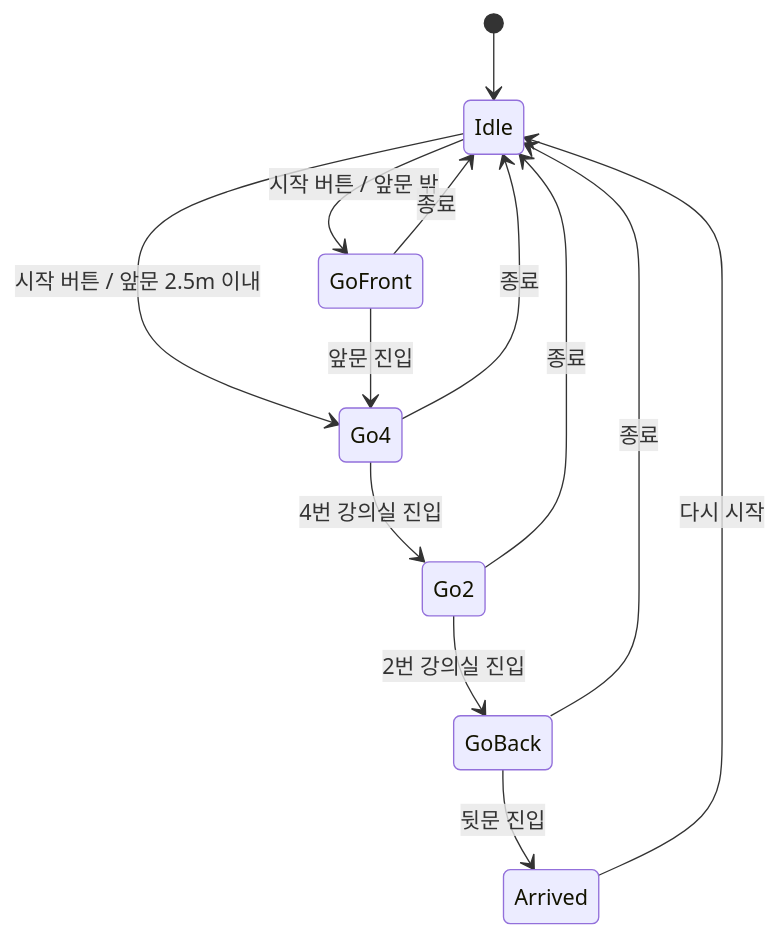
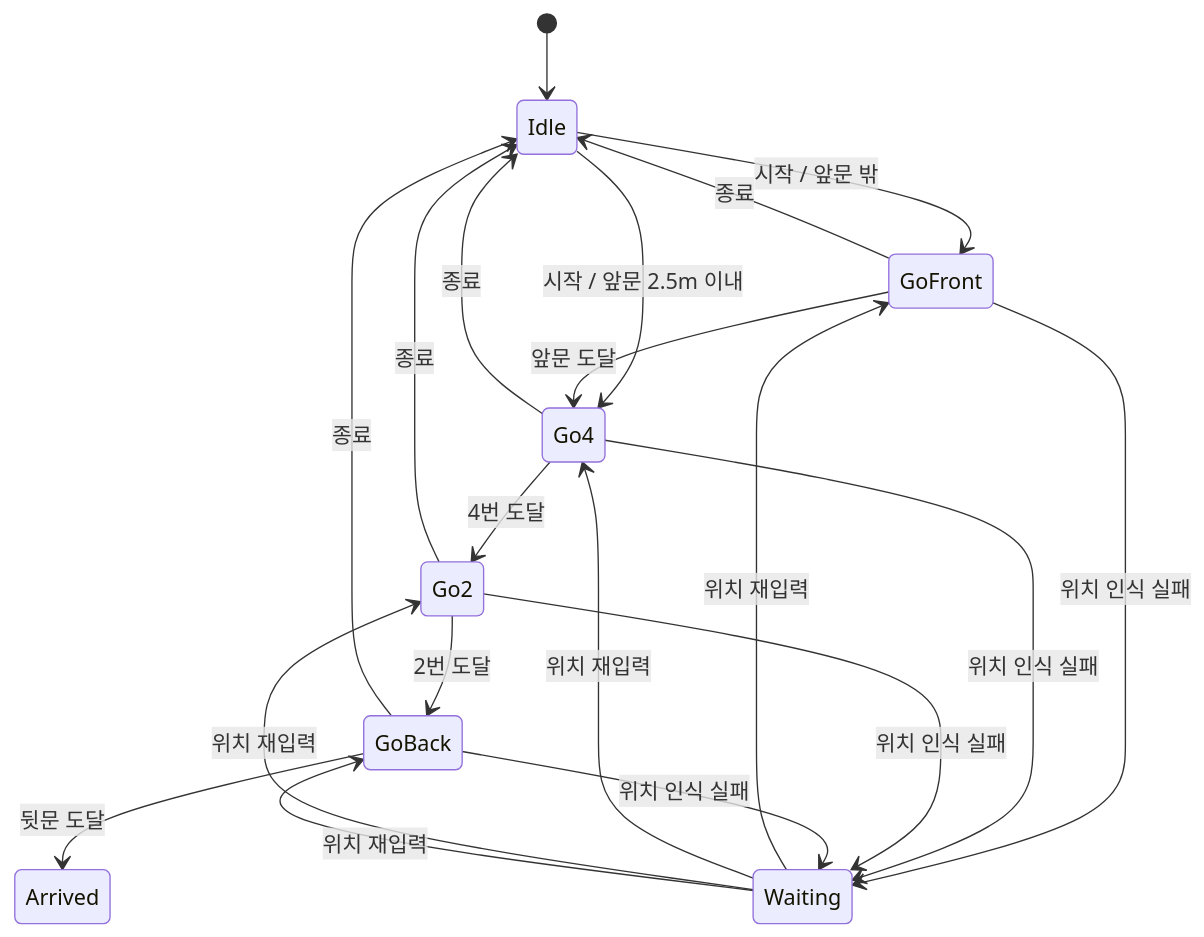
The sixth of 20 diagrams in ArUco/README.md (JIWOO1127/machine-vision1), drawn with Mermaid before and after one commit. The commit also changed other lines of this file, not shown here.

````diff
--- a/ArUco/README.md
+++ b/ArUco/README.md
@@ -376,18 +381,27 @@
 ```mermaid
 stateDiagram-v2
     [*] --> Idle
 
-    Idle --> GoFront: 시작 버튼 / 앞문 밖
-    Idle --> Go4: 시작 버튼 / 앞문 2.5m 이내
+    Idle --> GoFront: 시작 / 앞문 밖
+    Idle --> Go4: 시작 / 앞문 2.5m 이내
 
-    GoFront --> Go4: 앞문 진입
-    Go4 --> Go2: 4번 강의실 진입
-    Go2 --> GoBack: 2번 강의실 진입
-    GoBack --> Arrived: 뒷문 진입
+    GoFront --> Go4: 앞문 도달
+    Go4 --> Go2: 4번 도달
+    Go2 --> GoBack: 2번 도달
+    GoBack --> Arrived: 뒷문 도달
+
+    GoFront --> Waiting: 위치 인식 실패
+    Go4 --> Waiting: 위치 인식 실패
+    Go2 --> Waiting: 위치 인식 실패
+    GoBack --> Waiting: 위치 인식 실패
+
+    Waiting --> GoFront: 위치 재입력
+    Waiting --> Go4: 위치 재입력
+    Waiting --> Go2: 위치 재입력
+    Waiting --> GoBack: 위치 재입력
 
     GoFront --> Idle: 종료
     Go4 --> Idle: 종료
     Go2 --> Idle: 종료
     GoBack --> Idle: 종료
-    Arrived --> Idle: 다시 시작
 ```
````
